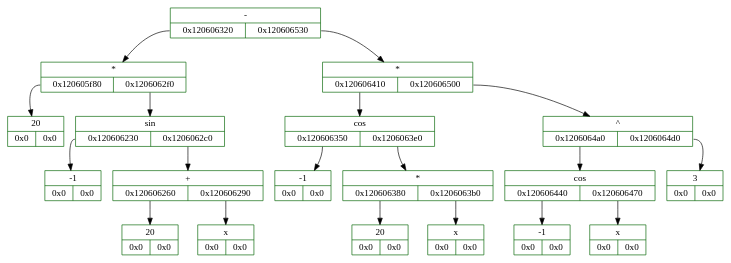
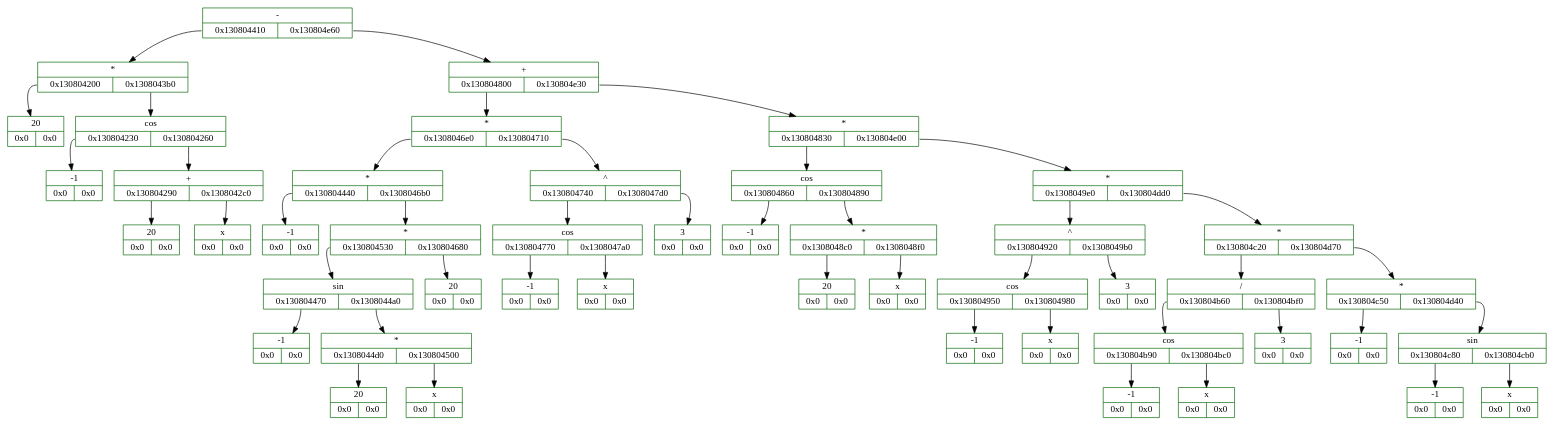
Before and after one commit to whiterno/differentiator: the diagram in log/dump.dot, drawn with Graphviz. The commit also changed 17 other files, not shown here.

```diff
--- a/log/dump.dot
+++ b/log/dump.dot
@@ -1,41 +1,97 @@
 digraph D{
 	rankdir = TB
 
-	node_4838155616 [color = "darkgreen", style = "filled", shape = "record", fillcolor = "white", label = "{ -  | {<fl4838155616> 0x120606320 | <fr4838155616> 0x120606530}}"]
-	node_4838155616: <fl4838155616> -> node_4838155040 [color = "black", arrowhead = "normal", label = ""]
-	node_4838155040 [color = "darkgreen", style = "filled", shape = "record", fillcolor = "white", label = "{ *  | {<fl4838155040> 0x120605f80 | <fr4838155040> 0x1206062f0}}"]
-	node_4838155040: <fl4838155040> -> node_4838154112 [color = "black", arrowhead = "normal", label = ""]
-	node_4838154112 [color = "darkgreen", style = "filled", shape = "record", fillcolor = "white", label = "{20  | {<fl4838154112> 0x0 | <fr4838154112> 0x0}}"]
-	node_4838155040: <fr4838155040> -> node_4838154992 [color = "black", arrowhead = "normal", label = ""]
-	node_4838154992 [color = "darkgreen", style = "filled", shape = "record", fillcolor = "white", label = "{ sin  | {<fl4838154992> 0x120606230 | <fr4838154992> 0x1206062c0}}"]
-	node_4838154992: <fl4838154992> -> node_4838154800 [color = "black", arrowhead = "normal", label = ""]
-	node_4838154800 [color = "darkgreen", style = "filled", shape = "record", fillcolor = "white", label = "{-1  | {<fl4838154800> 0x0 | <fr4838154800> 0x0}}"]
-	node_4838154992: <fr4838154992> -> node_4838154944 [color = "black", arrowhead = "normal", label = ""]
-	node_4838154944 [color = "darkgreen", style = "filled", shape = "record", fillcolor = "white", label = "{ +  | {<fl4838154944> 0x120606260 | <fr4838154944> 0x120606290}}"]
-	node_4838154944: <fl4838154944> -> node_4838154848 [color = "black", arrowhead = "normal", label = ""]
-	node_4838154848 [color = "darkgreen", style = "filled", shape = "record", fillcolor = "white", label = "{20  | {<fl4838154848> 0x0 | <fr4838154848> 0x0}}"]
-	node_4838154944: <fr4838154944> -> node_4838154896 [color = "black", arrowhead = "normal", label = ""]
-	node_4838154896 [color = "darkgreen", style = "filled", shape = "record", fillcolor = "white", label = "{x  | {<fl4838154896> 0x0 | <fr4838154896> 0x0}}"]
-	node_4838155616: <fr4838155616> -> node_4838155568 [color = "black", arrowhead = "normal", label = ""]
-	node_4838155568 [color = "darkgreen", style = "filled", shape = "record", fillcolor = "white", label = "{ *  | {<fl4838155568> 0x120606410 | <fr4838155568> 0x120606500}}"]
-	node_4838155568: <fl4838155568> -> node_4838155280 [color = "black", arrowhead = "normal", label = ""]
-	node_4838155280 [color = "darkgreen", style = "filled", shape = "record", fillcolor = "white", label = "{ cos  | {<fl4838155280> 0x120606350 | <fr4838155280> 0x1206063e0}}"]
-	node_4838155280: <fl4838155280> -> node_4838155088 [color = "black", arrowhead = "normal", label = ""]
-	node_4838155088 [color = "darkgreen", style = "filled", shape = "record", fillcolor = "white", label = "{-1  | {<fl4838155088> 0x0 | <fr4838155088> 0x0}}"]
-	node_4838155280: <fr4838155280> -> node_4838155232 [color = "black", arrowhead = "normal", label = ""]
-	node_4838155232 [color = "darkgreen", style = "filled", shape = "record", fillcolor = "white", label = "{ *  | {<fl4838155232> 0x120606380 | <fr4838155232> 0x1206063b0}}"]
-	node_4838155232: <fl4838155232> -> node_4838155136 [color = "black", arrowhead = "normal", label = ""]
-	node_4838155136 [color = "darkgreen", style = "filled", shape = "record", fillcolor = "white", label = "{20  | {<fl4838155136> 0x0 | <fr4838155136> 0x0}}"]
-	node_4838155232: <fr4838155232> -> node_4838155184 [color = "black", arrowhead = "normal", label = ""]
-	node_4838155184 [color = "darkgreen", style = "filled", shape = "record", fillcolor = "white", label = "{x  | {<fl4838155184> 0x0 | <fr4838155184> 0x0}}"]
-	node_4838155568: <fr4838155568> -> node_4838155520 [color = "black", arrowhead = "normal", label = ""]
-	node_4838155520 [color = "darkgreen", style = "filled", shape = "record", fillcolor = "white", label = "{ ^  | {<fl4838155520> 0x1206064a0 | <fr4838155520> 0x1206064d0}}"]
-	node_4838155520: <fl4838155520> -> node_4838155424 [color = "black", arrowhead = "normal", label = ""]
-	node_4838155424 [color = "darkgreen", style = "filled", shape = "record", fillcolor = "white", label = "{ cos  | {<fl4838155424> 0x120606440 | <fr4838155424> 0x120606470}}"]
-	node_4838155424: <fl4838155424> -> node_4838155328 [color = "black", arrowhead = "normal", label = ""]
-	node_4838155328 [color = "darkgreen", style = "filled", shape = "record", fillcolor = "white", label = "{-1  | {<fl4838155328> 0x0 | <fr4838155328> 0x0}}"]
-	node_4838155424: <fr4838155424> -> node_4838155376 [color = "black", arrowhead = "normal", label = ""]
-	node_4838155376 [color = "darkgreen", style = "filled", shape = "record", fillcolor = "white", label = "{x  | {<fl4838155376> 0x0 | <fr4838155376> 0x0}}"]
-	node_4838155520: <fr4838155520> -> node_4838155472 [color = "black", arrowhead = "normal", label = ""]
-	node_4838155472 [color = "darkgreen", style = "filled", shape = "record", fillcolor = "white", label = "{3  | {<fl4838155472> 0x0 | <fr4838155472> 0x0}}"]
+	node_5108682384 [color = "darkgreen", style = "filled", shape = "record", fillcolor = "white", label = "{ -  | {<fl5108682384> 0x130804410 | <fr5108682384> 0x130804e60}}"]
+	node_5108682384: <fl5108682384> -> node_5108679696 [color = "black", arrowhead = "normal", label = ""]
+	node_5108679696 [color = "darkgreen", style = "filled", shape = "record", fillcolor = "white", label = "{ *  | {<fl5108679696> 0x130804200 | <fr5108679696> 0x1308043b0}}"]
+	node_5108679696: <fl5108679696> -> node_5108679168 [color = "black", arrowhead = "normal", label = ""]
+	node_5108679168 [color = "darkgreen", style = "filled", shape = "record", fillcolor = "white", label = "{20  | {<fl5108679168> 0x0 | <fr5108679168> 0x0}}"]
+	node_5108679696: <fr5108679696> -> node_5108679600 [color = "black", arrowhead = "normal", label = ""]
+	node_5108679600 [color = "darkgreen", style = "filled", shape = "record", fillcolor = "white", label = "{ cos  | {<fl5108679600> 0x130804230 | <fr5108679600> 0x130804260}}"]
+	node_5108679600: <fl5108679600> -> node_5108679216 [color = "black", arrowhead = "normal", label = ""]
+	node_5108679216 [color = "darkgreen", style = "filled", shape = "record", fillcolor = "white", label = "{-1  | {<fl5108679216> 0x0 | <fr5108679216> 0x0}}"]
+	node_5108679600: <fr5108679600> -> node_5108679264 [color = "black", arrowhead = "normal", label = ""]
+	node_5108679264 [color = "darkgreen", style = "filled", shape = "record", fillcolor = "white", label = "{ +  | {<fl5108679264> 0x130804290 | <fr5108679264> 0x1308042c0}}"]
+	node_5108679264: <fl5108679264> -> node_5108679312 [color = "black", arrowhead = "normal", label = ""]
+	node_5108679312 [color = "darkgreen", style = "filled", shape = "record", fillcolor = "white", label = "{20  | {<fl5108679312> 0x0 | <fr5108679312> 0x0}}"]
+	node_5108679264: <fr5108679264> -> node_5108679360 [color = "black", arrowhead = "normal", label = ""]
+	node_5108679360 [color = "darkgreen", style = "filled", shape = "record", fillcolor = "white", label = "{x  | {<fl5108679360> 0x0 | <fr5108679360> 0x0}}"]
+	node_5108682384: <fr5108682384> -> node_5108682336 [color = "black", arrowhead = "normal", label = ""]
+	node_5108682336 [color = "darkgreen", style = "filled", shape = "record", fillcolor = "white", label = "{ +  | {<fl5108682336> 0x130804800 | <fr5108682336> 0x130804e30}}"]
+	node_5108682336: <fl5108682336> -> node_5108680704 [color = "black", arrowhead = "normal", label = ""]
+	node_5108680704 [color = "darkgreen", style = "filled", shape = "record", fillcolor = "white", label = "{ *  | {<fl5108680704> 0x1308046e0 | <fr5108680704> 0x130804710}}"]
+	node_5108680704: <fl5108680704> -> node_5108680416 [color = "black", arrowhead = "normal", label = ""]
+	node_5108680416 [color = "darkgreen", style = "filled", shape = "record", fillcolor = "white", label = "{ *  | {<fl5108680416> 0x130804440 | <fr5108680416> 0x1308046b0}}"]
+	node_5108680416: <fl5108680416> -> node_5108679744 [color = "black", arrowhead = "normal", label = ""]
+	node_5108679744 [color = "darkgreen", style = "filled", shape = "record", fillcolor = "white", label = "{-1  | {<fl5108679744> 0x0 | <fr5108679744> 0x0}}"]
+	node_5108680416: <fr5108680416> -> node_5108680368 [color = "black", arrowhead = "normal", label = ""]
+	node_5108680368 [color = "darkgreen", style = "filled", shape = "record", fillcolor = "white", label = "{ *  | {<fl5108680368> 0x130804530 | <fr5108680368> 0x130804680}}"]
+	node_5108680368: <fl5108680368> -> node_5108679984 [color = "black", arrowhead = "normal", label = ""]
+	node_5108679984 [color = "darkgreen", style = "filled", shape = "record", fillcolor = "white", label = "{ sin  | {<fl5108679984> 0x130804470 | <fr5108679984> 0x1308044a0}}"]
+	node_5108679984: <fl5108679984> -> node_5108679792 [color = "black", arrowhead = "normal", label = ""]
+	node_5108679792 [color = "darkgreen", style = "filled", shape = "record", fillcolor = "white", label = "{-1  | {<fl5108679792> 0x0 | <fr5108679792> 0x0}}"]
+	node_5108679984: <fr5108679984> -> node_5108679840 [color = "black", arrowhead = "normal", label = ""]
+	node_5108679840 [color = "darkgreen", style = "filled", shape = "record", fillcolor = "white", label = "{ *  | {<fl5108679840> 0x1308044d0 | <fr5108679840> 0x130804500}}"]
+	node_5108679840: <fl5108679840> -> node_5108679888 [color = "black", arrowhead = "normal", label = ""]
+	node_5108679888 [color = "darkgreen", style = "filled", shape = "record", fillcolor = "white", label = "{20  | {<fl5108679888> 0x0 | <fr5108679888> 0x0}}"]
+	node_5108679840: <fr5108679840> -> node_5108679936 [color = "black", arrowhead = "normal", label = ""]
+	node_5108679936 [color = "darkgreen", style = "filled", shape = "record", fillcolor = "white", label = "{x  | {<fl5108679936> 0x0 | <fr5108679936> 0x0}}"]
+	node_5108680368: <fr5108680368> -> node_5108680320 [color = "black", arrowhead = "normal", label = ""]
+	node_5108680320 [color = "darkgreen", style = "filled", shape = "record", fillcolor = "white", label = "{20  | {<fl5108680320> 0x0 | <fr5108680320> 0x0}}"]
+	node_5108680704: <fr5108680704> -> node_5108680464 [color = "black", arrowhead = "normal", label = ""]
+	node_5108680464 [color = "darkgreen", style = "filled", shape = "record", fillcolor = "white", label = "{ ^  | {<fl5108680464> 0x130804740 | <fr5108680464> 0x1308047d0}}"]
+	node_5108680464: <fl5108680464> -> node_5108680512 [color = "black", arrowhead = "normal", label = ""]
+	node_5108680512 [color = "darkgreen", style = "filled", shape = "record", fillcolor = "white", label = "{ cos  | {<fl5108680512> 0x130804770 | <fr5108680512> 0x1308047a0}}"]
+	node_5108680512: <fl5108680512> -> node_5108680560 [color = "black", arrowhead = "normal", label = ""]
+	node_5108680560 [color = "darkgreen", style = "filled", shape = "record", fillcolor = "white", label = "{-1  | {<fl5108680560> 0x0 | <fr5108680560> 0x0}}"]
+	node_5108680512: <fr5108680512> -> node_5108680608 [color = "black", arrowhead = "normal", label = ""]
+	node_5108680608 [color = "darkgreen", style = "filled", shape = "record", fillcolor = "white", label = "{x  | {<fl5108680608> 0x0 | <fr5108680608> 0x0}}"]
+	node_5108680464: <fr5108680464> -> node_5108680656 [color = "black", arrowhead = "normal", label = ""]
+	node_5108680656 [color = "darkgreen", style = "filled", shape = "record", fillcolor = "white", label = "{3  | {<fl5108680656> 0x0 | <fr5108680656> 0x0}}"]
+	node_5108682336: <fr5108682336> -> node_5108682288 [color = "black", arrowhead = "normal", label = ""]
+	node_5108682288 [color = "darkgreen", style = "filled", shape = "record", fillcolor = "white", label = "{ *  | {<fl5108682288> 0x130804830 | <fr5108682288> 0x130804e00}}"]
+	node_5108682288: <fl5108682288> -> node_5108680752 [color = "black", arrowhead = "normal", label = ""]
+	node_5108680752 [color = "darkgreen", style = "filled", shape = "record", fillcolor = "white", label = "{ cos  | {<fl5108680752> 0x130804860 | <fr5108680752> 0x130804890}}"]
+	node_5108680752: <fl5108680752> -> node_5108680800 [color = "black", arrowhead = "normal", label = ""]
+	node_5108680800 [color = "darkgreen", style = "filled", shape = "record", fillcolor = "white", label = "{-1  | {<fl5108680800> 0x0 | <fr5108680800> 0x0}}"]
+	node_5108680752: <fr5108680752> -> node_5108680848 [color = "black", arrowhead = "normal", label = ""]
+	node_5108680848 [color = "darkgreen", style = "filled", shape = "record", fillcolor = "white", label = "{ *  | {<fl5108680848> 0x1308048c0 | <fr5108680848> 0x1308048f0}}"]
+	node_5108680848: <fl5108680848> -> node_5108680896 [color = "black", arrowhead = "normal", label = ""]
+	node_5108680896 [color = "darkgreen", style = "filled", shape = "record", fillcolor = "white", label = "{20  | {<fl5108680896> 0x0 | <fr5108680896> 0x0}}"]
+	node_5108680848: <fr5108680848> -> node_5108680944 [color = "black", arrowhead = "normal", label = ""]
+	node_5108680944 [color = "darkgreen", style = "filled", shape = "record", fillcolor = "white", label = "{x  | {<fl5108680944> 0x0 | <fr5108680944> 0x0}}"]
+	node_5108682288: <fr5108682288> -> node_5108682240 [color = "black", arrowhead = "normal", label = ""]
+	node_5108682240 [color = "darkgreen", style = "filled", shape = "record", fillcolor = "white", label = "{ *  | {<fl5108682240> 0x1308049e0 | <fr5108682240> 0x130804dd0}}"]
+	node_5108682240: <fl5108682240> -> node_5108681184 [color = "black", arrowhead = "normal", label = ""]
+	node_5108681184 [color = "darkgreen", style = "filled", shape = "record", fillcolor = "white", label = "{ ^  | {<fl5108681184> 0x130804920 | <fr5108681184> 0x1308049b0}}"]
+	node_5108681184: <fl5108681184> -> node_5108680992 [color = "black", arrowhead = "normal", label = ""]
+	node_5108680992 [color = "darkgreen", style = "filled", shape = "record", fillcolor = "white", label = "{ cos  | {<fl5108680992> 0x130804950 | <fr5108680992> 0x130804980}}"]
+	node_5108680992: <fl5108680992> -> node_5108681040 [color = "black", arrowhead = "normal", label = ""]
+	node_5108681040 [color = "darkgreen", style = "filled", shape = "record", fillcolor = "white", label = "{-1  | {<fl5108681040> 0x0 | <fr5108681040> 0x0}}"]
+	node_5108680992: <fr5108680992> -> node_5108681088 [color = "black", arrowhead = "normal", label = ""]
+	node_5108681088 [color = "darkgreen", style = "filled", shape = "record", fillcolor = "white", label = "{x  | {<fl5108681088> 0x0 | <fr5108681088> 0x0}}"]
+	node_5108681184: <fr5108681184> -> node_5108681136 [color = "black", arrowhead = "normal", label = ""]
+	node_5108681136 [color = "darkgreen", style = "filled", shape = "record", fillcolor = "white", label = "{3  | {<fl5108681136> 0x0 | <fr5108681136> 0x0}}"]
+	node_5108682240: <fr5108682240> -> node_5108682192 [color = "black", arrowhead = "normal", label = ""]
+	node_5108682192 [color = "darkgreen", style = "filled", shape = "record", fillcolor = "white", label = "{ *  | {<fl5108682192> 0x130804c20 | <fr5108682192> 0x130804d70}}"]
+	node_5108682192: <fl5108682192> -> node_5108681760 [color = "black", arrowhead = "normal", label = ""]
+	node_5108681760 [color = "darkgreen", style = "filled", shape = "record", fillcolor = "white", label = "{ /  | {<fl5108681760> 0x130804b60 | <fr5108681760> 0x130804bf0}}"]
+	node_5108681760: <fl5108681760> -> node_5108681568 [color = "black", arrowhead = "normal", label = ""]
+	node_5108681568 [color = "darkgreen", style = "filled", shape = "record", fillcolor = "white", label = "{ cos  | {<fl5108681568> 0x130804b90 | <fr5108681568> 0x130804bc0}}"]
+	node_5108681568: <fl5108681568> -> node_5108681616 [color = "black", arrowhead = "normal", label = ""]
+	node_5108681616 [color = "darkgreen", style = "filled", shape = "record", fillcolor = "white", label = "{-1  | {<fl5108681616> 0x0 | <fr5108681616> 0x0}}"]
+	node_5108681568: <fr5108681568> -> node_5108681664 [color = "black", arrowhead = "normal", label = ""]
+	node_5108681664 [color = "darkgreen", style = "filled", shape = "record", fillcolor = "white", label = "{x  | {<fl5108681664> 0x0 | <fr5108681664> 0x0}}"]
+	node_5108681760: <fr5108681760> -> node_5108681712 [color = "black", arrowhead = "normal", label = ""]
+	node_5108681712 [color = "darkgreen", style = "filled", shape = "record", fillcolor = "white", label = "{3  | {<fl5108681712> 0x0 | <fr5108681712> 0x0}}"]
+	node_5108682192: <fr5108682192> -> node_5108682096 [color = "black", arrowhead = "normal", label = ""]
+	node_5108682096 [color = "darkgreen", style = "filled", shape = "record", fillcolor = "white", label = "{ *  | {<fl5108682096> 0x130804c50 | <fr5108682096> 0x130804d40}}"]
+	node_5108682096: <fl5108682096> -> node_5108681808 [color = "black", arrowhead = "normal", label = ""]
+	node_5108681808 [color = "darkgreen", style = "filled", shape = "record", fillcolor = "white", label = "{-1  | {<fl5108681808> 0x0 | <fr5108681808> 0x0}}"]
+	node_5108682096: <fr5108682096> -> node_5108682048 [color = "black", arrowhead = "normal", label = ""]
+	node_5108682048 [color = "darkgreen", style = "filled", shape = "record", fillcolor = "white", label = "{ sin  | {<fl5108682048> 0x130804c80 | <fr5108682048> 0x130804cb0}}"]
+	node_5108682048: <fl5108682048> -> node_5108681856 [color = "black", arrowhead = "normal", label = ""]
+	node_5108681856 [color = "darkgreen", style = "filled", shape = "record", fillcolor = "white", label = "{-1  | {<fl5108681856> 0x0 | <fr5108681856> 0x0}}"]
+	node_5108682048: <fr5108682048> -> node_5108681904 [color = "black", arrowhead = "normal", label = ""]
+	node_5108681904 [color = "darkgreen", style = "filled", shape = "record", fillcolor = "white", label = "{x  | {<fl5108681904> 0x0 | <fr5108681904> 0x0}}"]
 }
```
